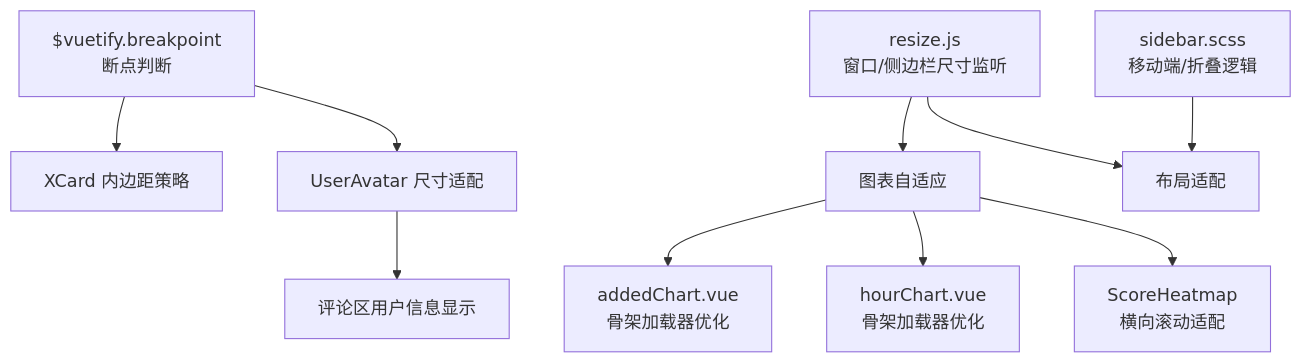
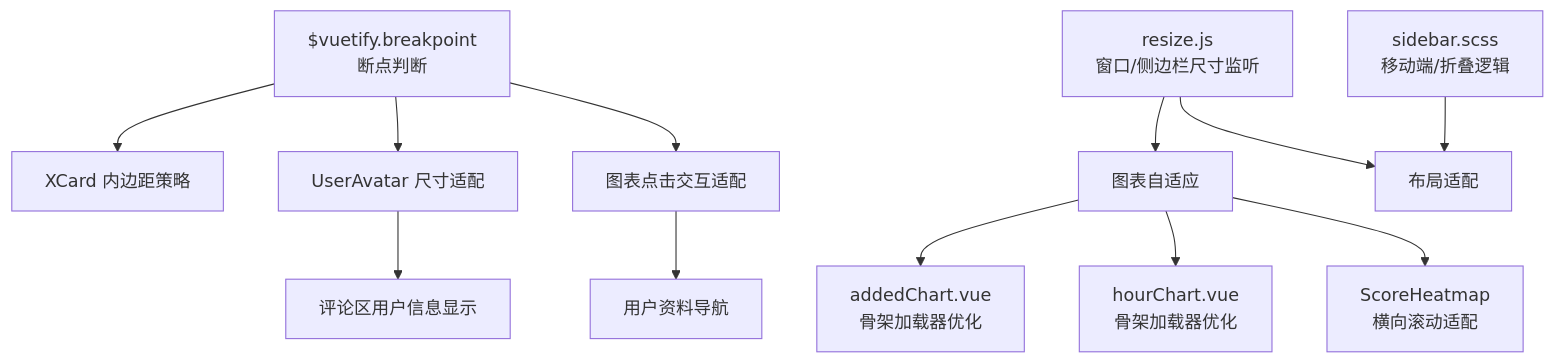
Before and after one commit to TinyMaD/SpeedRunnersLab: diagram 13 of 14 in .qoder/repowiki/zh/content/前端应用/UI 组件库/UI 组件库.md, drawn with Mermaid. The commit also changed other lines of this file and 5 other files, not shown here.

````diff
--- a/.qoder/repowiki/zh/content/前端应用/UI 组件库/UI 组件库.md
+++ b/.qoder/repowiki/zh/content/前端应用/UI 组件库/UI 组件库.md
@@ -551,12 +578,14 @@
 ```mermaid
 flowchart TD
 Breakpoint["$vuetify.breakpoint<br/>断点判断"] --> CardPadding["XCard 内边距策略"]
 Breakpoint --> AvatarSize["UserAvatar 尺寸适配"]
+Breakpoint --> ChartClick["图表点击交互适配"]
 Resize["resize.js<br/>窗口/侧边栏尺寸监听"] --> Chart["图表自适应"]
 Resize --> Layout["布局适配"]
 Chart --> AddedChart["addedChart.vue<br/>骨架加载器优化"]
 Chart --> HourChart["hourChart.vue<br/>骨架加载器优化"]
 Chart --> Heatmap["ScoreHeatmap<br/>横向滚动适配"]
 Sidebar["sidebar.scss<br/>移动端/折叠逻辑"] --> Layout
 AvatarSize --> CommentSection["评论区用户信息显示"]
+ChartClick --> ProfileNav["用户资料导航"]
 ```
````
